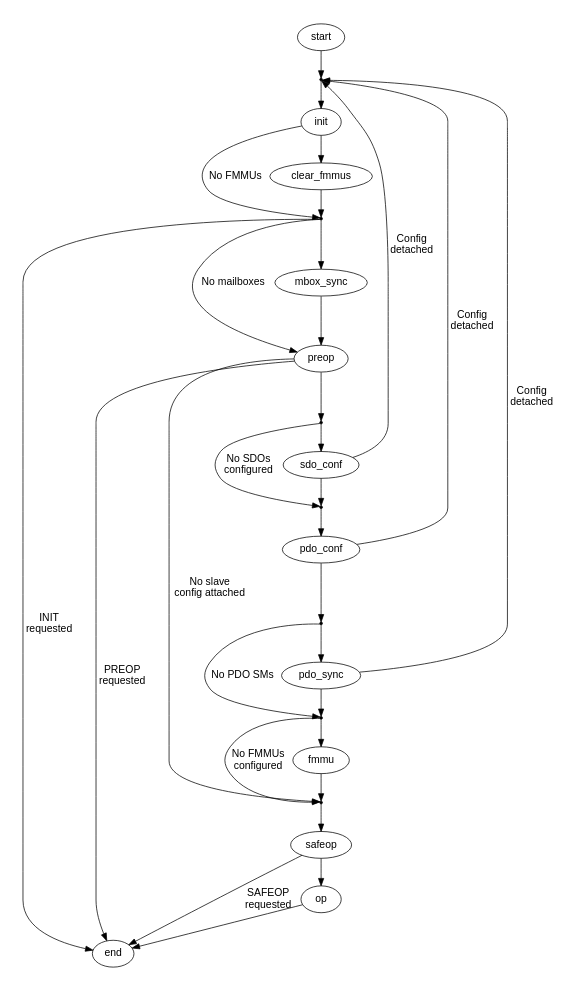
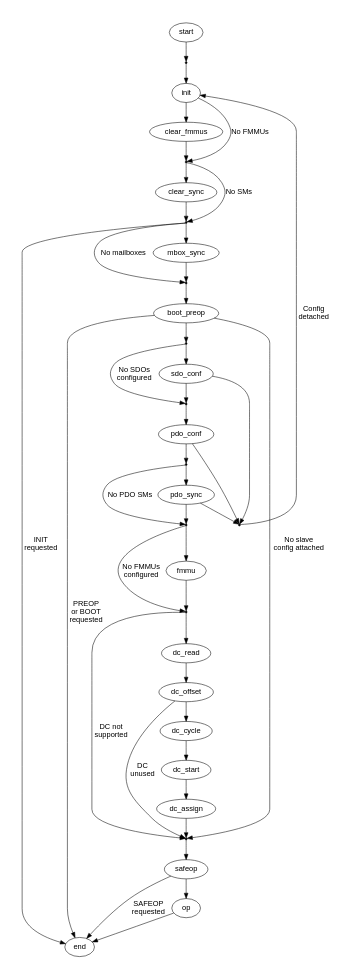
The diagram in documentation/graphs/fsm_slave_conf.dot (ribalda/ethercat), drawn with Graphviz before and after one commit.

Commit message:
Updated graph of slave configuration FSM.

```diff
--- a/documentation/graphs/fsm_slave_conf.dot
+++ b/documentation/graphs/fsm_slave_conf.dot
@@ -1,74 +1,107 @@
 
 /* $Id$ */
 
 digraph slaveconf {
     size="3,5"
 
     start [fontname="Helvetica"]
     start -> enter_init [weight=10]
 
     enter_init [shape=point, label=""]
     enter_init -> init [weight=10]
 
+    reconfigure [shape=point, label=""]
+    reconfigure -> init [fontname="Helvetica", label="Config\ndetached"]
+
     init [fontname="Helvetica"]
-    init -> enter_mbox_sync [fontname="Helvetica", label="No FMMUs"]
+    init -> enter_clear_sync [fontname="Helvetica", label="No FMMUs"]
     init -> clear_fmmus [weight=10]
 
     clear_fmmus [fontname="Helvetica"]
-    clear_fmmus -> enter_mbox_sync [weight=10]
+    clear_fmmus -> enter_clear_sync [weight=10]
+
+    enter_clear_sync [shape=point, label=""]
+    enter_clear_sync -> enter_mbox_sync [fontname="Helvetica", label="No SMs"]
+    enter_clear_sync -> clear_sync [weight=10]
+
+    clear_sync [fontname="Helvetica"]
+    clear_sync -> enter_mbox_sync [weight=10]
 
     enter_mbox_sync [shape=point, label=""]
     enter_mbox_sync -> end [fontname="Helvetica", label="INIT\nrequested"]
-    enter_mbox_sync -> preop [fontname="Helvetica", label="No mailboxes"]
+    enter_mbox_sync -> enter_boot_preop [fontname="Helvetica", label="No mailboxes"]
     enter_mbox_sync -> mbox_sync [weight=10]
 
     mbox_sync [fontname="Helvetica"]
-    mbox_sync -> preop [weight=10]
+    mbox_sync -> enter_boot_preop [weight=10]
 
-    preop [fontname="Helvetica"]
-    preop -> end [fontname="Helvetica", label="PREOP\nrequested"]
-    preop -> enter_safeop [fontname="Helvetica", label="No slave\nconfig attached"]
-    preop -> enter_sdo_conf [weight=10]
+    enter_boot_preop [shape=point, label=""]
+    enter_boot_preop -> boot_preop [weight=10]
+
+    boot_preop [fontname="Helvetica"]
+    boot_preop -> end [fontname="Helvetica", label="PREOP\nor BOOT\nrequested"]
+    boot_preop -> enter_safeop [fontname="Helvetica", label="No slave\nconfig attached"]
+    boot_preop -> enter_sdo_conf [weight=10]
 
     enter_sdo_conf [shape=point, label=""]
     enter_sdo_conf -> enter_pdo_conf [fontname="Helvetica", label="No SDOs\nconfigured"]
     enter_sdo_conf -> sdo_conf [weight=10]
 
     sdo_conf [fontname="Helvetica"]
-    sdo_conf -> enter_init [fontname="Helvetica", label="Config\ndetached"]
+    sdo_conf -> reconfigure
     sdo_conf -> enter_pdo_conf [weight=10]
 
     enter_pdo_conf [shape=point, label=""]
     enter_pdo_conf -> pdo_conf [weight=10]
 
     pdo_conf [fontname="Helvetica"]
-    pdo_conf -> enter_init [fontname="Helvetica", label="Config\ndetached"]
+    pdo_conf -> reconfigure
     pdo_conf -> enter_pdo_sync [weight=10]
 
     enter_pdo_sync [shape=point, label=""]
     enter_pdo_sync -> enter_fmmu [fontname="Helvetica", label="No PDO SMs"]
     enter_pdo_sync -> pdo_sync [weight=10]
 
     pdo_sync [fontname="Helvetica"]
-    pdo_sync -> enter_init [fontname="Helvetica", label="Config\ndetached"]
+    pdo_sync -> reconfigure
     pdo_sync -> enter_fmmu [weight=10]
 
     enter_fmmu [shape=point,label=""]
-    enter_fmmu -> enter_safeop [fontname="Helvetica", label="No FMMUs\nconfigured"]
+    enter_fmmu -> enter_dc_read [fontname="Helvetica", label="No FMMUs\nconfigured"]
     enter_fmmu -> fmmu [weight=10]
 
     fmmu [fontname="Helvetica"]
-    fmmu -> enter_safeop [weight=10]
+    fmmu -> enter_dc_read [weight=10]
+
+    enter_dc_read [shape=point,label=""]
+    enter_dc_read -> dc_read [weight=10]
+    enter_dc_read -> enter_safeop [fontname="Helvetica", label="DC not\nsupported"]
+
+    dc_read [fontname="Helvetica"]
+    dc_read -> dc_offset [weight=10]
+
+    dc_offset [fontname="Helvetica"]
+    dc_offset -> dc_cycle [weight=10]
+    dc_offset -> enter_safeop [fontname="Helvetica", label="DC\nunused"]
+
+    dc_cycle [fontname="Helvetica"]
+    dc_cycle -> dc_start [weight=10]
+
+    dc_start [fontname="Helvetica"]
+    dc_start -> dc_assign [weight=10]
+
+    dc_assign [fontname="Helvetica"]
+    dc_assign -> enter_safeop [weight=10]
 
     enter_safeop [shape=point,label=""]
     enter_safeop -> safeop [weight=10]
 
     safeop [fontname="Helvetica"]
     safeop -> end [fontname="Helvetica", label="SAFEOP\nrequested"]
     safeop -> op [weight=10]
 
     op [fontname="Helvetica"]
     op -> end// [weight=10]
 
     end [fontname="Helvetica"]
 }
```
